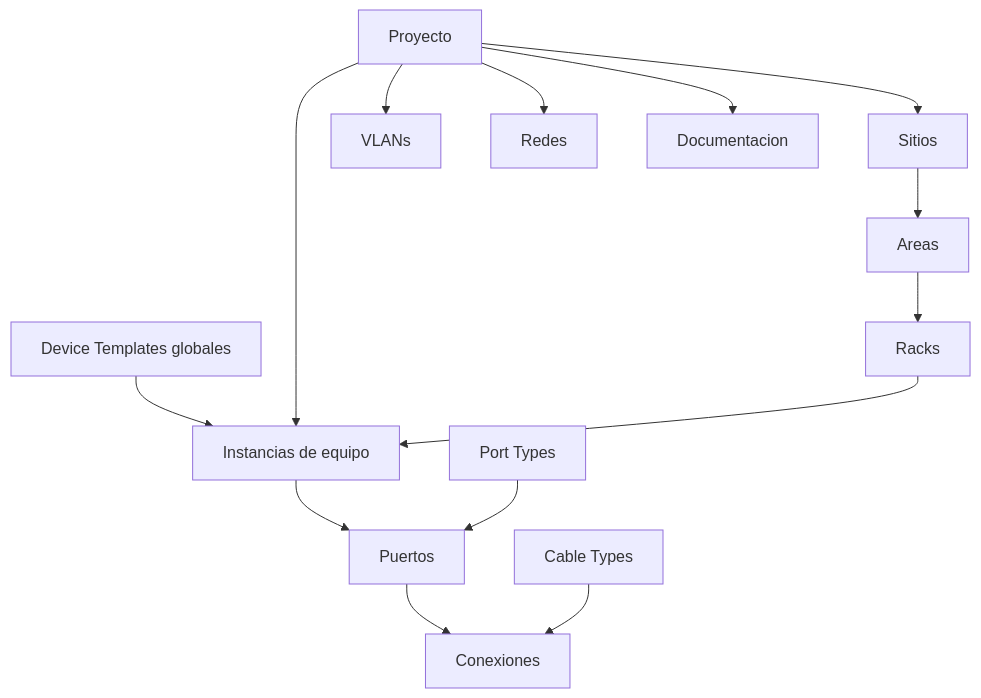
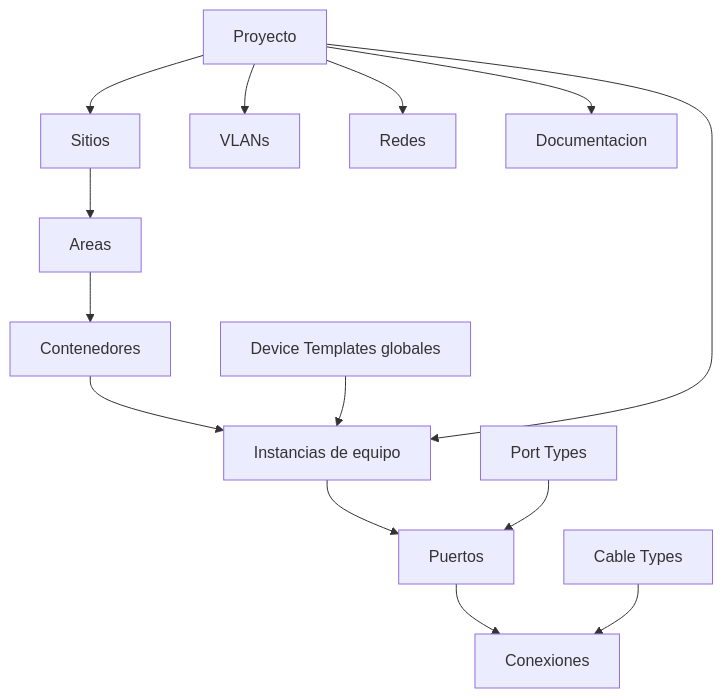
Before and after one commit to L-insfran/diagramar_arquitectura_red: the second of 2 diagrams in docs/DOMAIN-MODEL.md, drawn with Mermaid. The commit also changed other lines of this file and 112 other files, not shown here.

````diff
--- a/docs/DOMAIN-MODEL.md
+++ b/docs/DOMAIN-MODEL.md
@@ -97,18 +94,18 @@
 ```mermaid
 flowchart TB
     Project[Proyecto]
     Project --> Sites[Sitios]
     Sites --> Areas[Areas]
-    Areas --> Racks[Racks]
+    Areas --> Containers[Contenedores]
+    Containers --> Devices[Instancias de equipo]
     GlobalTemplates[Device Templates globales]
-    GlobalTemplates --> Devices[Instancias de equipo]
+    GlobalTemplates --> Devices
     Project --> Devices
-    Racks --> Devices
     Devices --> Ports[Puertos]
     Ports --> Connections[Conexiones]
     Project --> Vlans[VLANs]
     Project --> Networks[Redes]
     Project --> Docs[Documentacion]
     PortTypes[Port Types] --> Ports
     CableTypes[Cable Types] --> Connections
 ```
````
